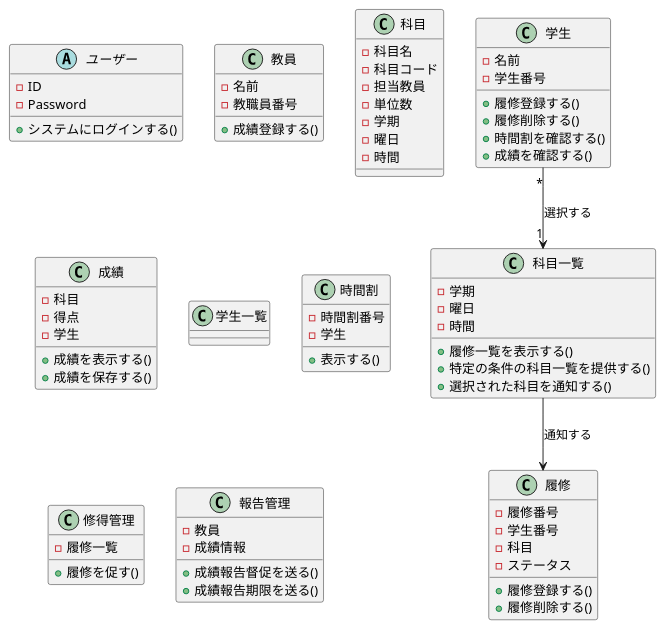
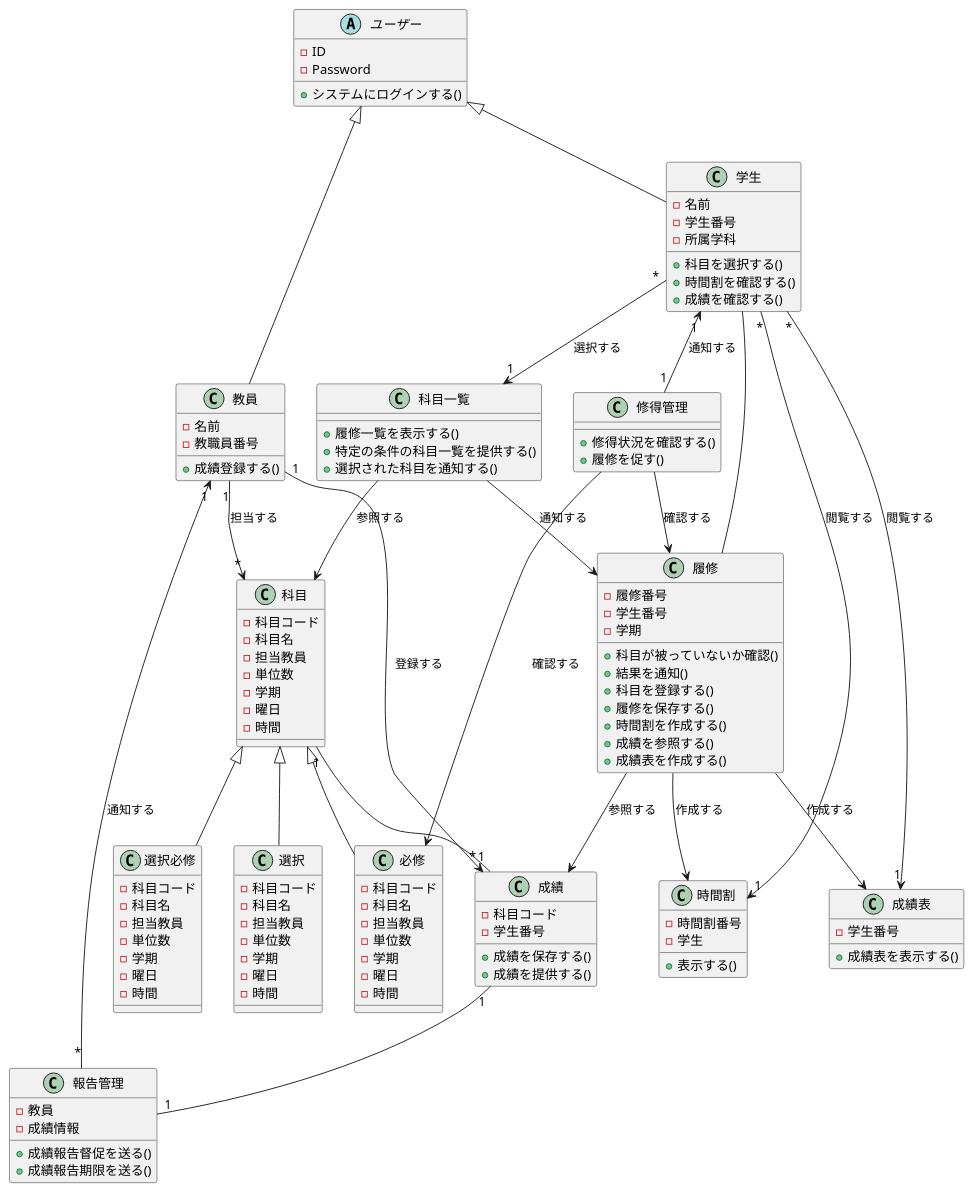
One commit to tanusai646/software-desine changed the diagram in uml/15/class1.puml. Above: the diagram before and after it, drawn with PlantUML.

Commit message:
まだ未完成だけど

```diff
--- a/uml/15/class1.puml
+++ b/uml/15/class1.puml
@@ -1,105 +1,155 @@
 @startuml クラス図1
 '分析段階のクラス図'
 
 
 'クラス'
 abstract ユーザー{
     - ID
     - Password
     + システムにログインする()
 }
 
+'学生クラスは学生の名前や学生番号が属性として保存されている．
+'科目の選択や時間割を確認等の動作を行う
 class 学生{
     - 名前
     - 学生番号
-    + 履修登録する()
-    + 履修削除する()
+    - 所属学科
+    + 科目を選択する()
     + 時間割を確認する()
     + 成績を確認する()
 }
 
 class 教員{
     - 名前
     - 教職員番号
     + 成績登録する()
 }
 
+'履修クラスはある学生がどの科目を履修したかを表すクラスである．学生毎に作成されることを想定している
+'このクラスで成績表や時間割が作成されることを想定している．
+'成績クラスを参照し，成績も一緒に保存することを想定する
 class 履修{
     - 履修番号
     - 学生番号
-    - 科目
-    - ステータス
-    + 履修登録する()
-    + 履修削除する()
+    - 学期
+    + 科目が被っていないか確認()
+    + 結果を通知()
+    + 科目を登録する()
+    + 履修を保存する()
+    + 時間割を作成する()
+    + 成績を参照する()
+    + 成績表を作成する()
 }
 
+'科目一覧クラスは科目クラスを参照し特定(曜日や時間)で合致する科目を一覧と表示や選択された科目を通知するクラスである．
 class 科目一覧{
-    - 学期
-    - 曜日
-    - 時間
     + 履修一覧を表示する()
     + 特定の条件の科目一覧を提供する()
     + 選択された科目を通知する()
 }
 
+'科目クラスには科目コード毎に作成される
+'学期，曜日，時間等の情報が属性として保存されている．
+'所属学科によって科目の分類が異なるので関連クラスとして定義されている
 class 科目{
+    - 科目コード
     - 科目名
+    - 担当教員
+    - 単位数
+    - 学期
+    - 曜日
+    - 時間
+}
+
+class 必修{
     - 科目コード
+    - 科目名
+    - 担当教員
+    - 単位数
+    - 学期
+    - 曜日
+    - 時間
+}
+
+class 選択必修{
+    - 科目コード
+    - 科目名
+    - 担当教員
+    - 単位数
+    - 学期
+    - 曜日
+    - 時間  
+}
+
+class 選択{
+    - 科目コード
+    - 科目名
     - 担当教員
     - 単位数
     - 学期
     - 曜日
     - 時間
 }
 
 class 成績{
-    - 科目
-    - 得点
-    - 学生
-    + 成績を表示する()
+    - 科目コード
+    - 学生番号
     + 成績を保存する()
+    + 成績を提供する()
 }
 
-class 学生一覧{
-
+'履修クラスから作成され，学生から閲覧されることを想定している
+class 成績表{
+    - 学生番号
+    + 成績表を表示する()
 }
 
+'履修クラスから作成され，学生から閲覧されることを想定している
 class 時間割{
     - 時間割番号
     - 学生
     + 表示する()
 }
 
+'科目のうち必修クラスと履修クラスのステータスを確認し，修得できていなかったら修得を促すクラス
 class 修得管理{
-    - 履修一覧
+    + 修得状況を確認する()
     + 履修を促す()
 }
 
 class 報告管理{
     - 教員
     - 成績情報
     + 成績報告督促を送る()
     + 成績報告期限を送る()
 }
 
 
 '関係'
-'ユーザー <|-down- 学生
-'ユーザー <|-down- 教員
+ユーザー <|-down- 学生
+ユーザー <|-down- 教員
 
-'教員 "1" --> "*" 科目 : 担当する
-'教員 "1" --> "*" 成績 : 登録する
-'教員 "1" <-- "*" 報告管理 : 通知する
+教員 "1" --> "*" 科目 : 担当する
+教員 "1" --> "*" 成績 : 登録する
+教員 "1" <-- "*" 報告管理 : 通知する
 
-'学生 "*" --> "1" 時間割 : 閲覧する
-学生 "*" -down-> "1" 科目一覧 : 選択する
-'学生 "*" --> "1" 成績 : 確認する
-'学生 "1" <-- "1" 修得管理 : 通知する
+学生 "*" --> "1" 時間割 : 閲覧する
+学生 "*" --> "1" 科目一覧 : 選択する
+学生 -- 履修
+学生 "*" --> "1" 成績表 : 閲覧する
+学生 "1" <-- "1" 修得管理 : 通知する
 
-'成績 "1" -right- "1" 報告管理
-'科目 "1" -up- "1" 成績
-科目一覧 -down-> 履修 : 通知する
-'科目一覧 -- 科目
-'履修 "1" -- "1" 修得管理
-'履修 "*" -- "1" 科目
+成績 "1" -- "1" 報告管理
+科目 "1" -- "1" 成績
+科目一覧 --> 履修 : 通知する
+科目一覧 --> 科目 : 参照する
+履修 --> 時間割 : 作成する
+履修 --> 成績表 : 作成する
+履修 --> 成績 : 参照する
+修得管理 --> 履修 : 確認する
+修得管理 --> 必修 : 確認する
+科目 <|-- 必修
+科目 <|-- 選択必修
+科目 <|-- 選択
 @enduml
```
